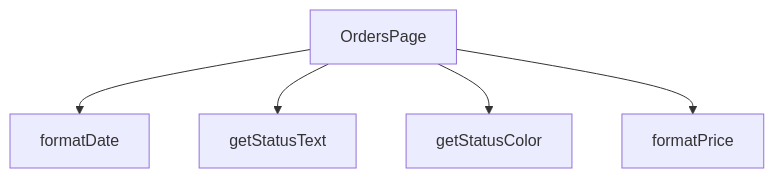
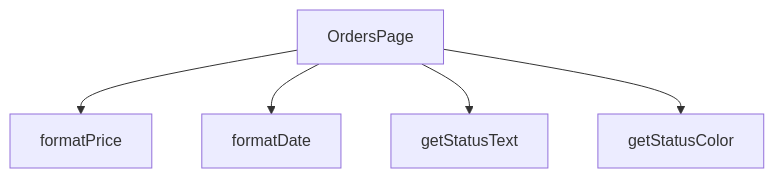
The diagram in src/views/OrdersPage.md (peckop/venthub-hvac-esite), drawn with Mermaid before and after one commit. The commit also changed other lines of this file and 723 other files, not shown here.

````diff
--- a/src/views/OrdersPage.md
+++ b/src/views/OrdersPage.md
@@ -209,12 +143,12 @@
 ```mermaid
 graph TD
     OrdersPage_tsx__OrdersPage["OrdersPage"]
     OrdersPage_tsx__formatDate["formatDate"]
     OrdersPage_tsx__formatPrice["formatPrice"]
     OrdersPage_tsx__getStatusColor["getStatusColor"]
     OrdersPage_tsx__getStatusText["getStatusText"]
+    OrdersPage_tsx__OrdersPage --> OrdersPage_tsx__formatPrice
     OrdersPage_tsx__OrdersPage --> OrdersPage_tsx__formatDate
     OrdersPage_tsx__OrdersPage --> OrdersPage_tsx__getStatusText
     OrdersPage_tsx__OrdersPage --> OrdersPage_tsx__getStatusColor
-    OrdersPage_tsx__OrdersPage --> OrdersPage_tsx__formatPrice
 ```
````
